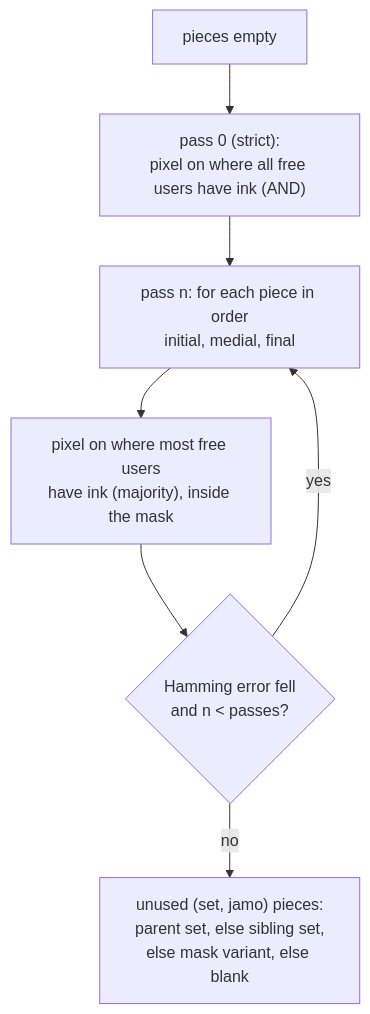
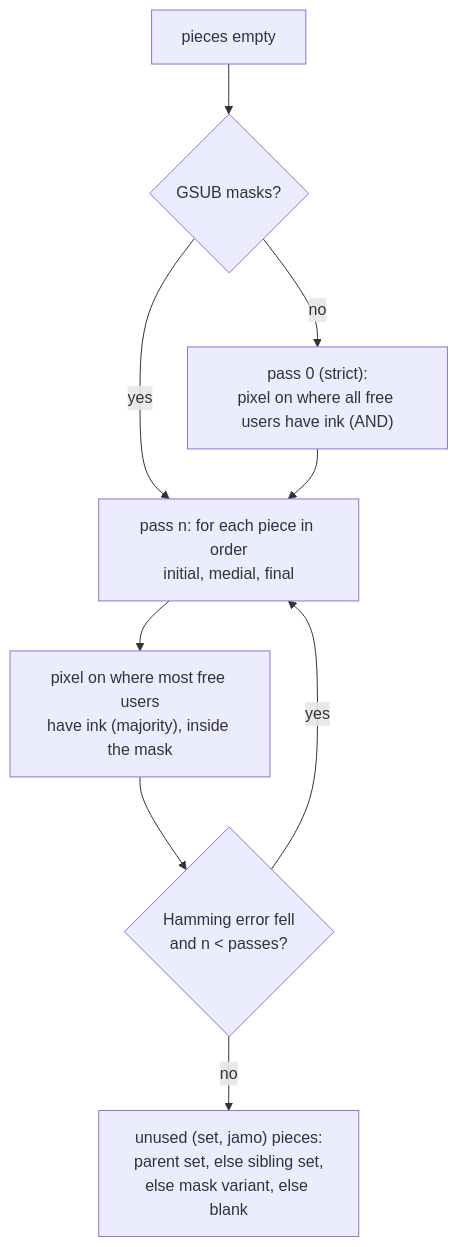
Before and after one commit to TaehyunKimLL/svf-fonts-open: the third of 5 diagrams in docs/jamo-split.md, drawn with Mermaid. The commit also changed other lines of this file and 3 other files, not shown here.

````diff
--- a/docs/jamo-split.md
+++ b/docs/jamo-split.md
@@ -174,9 +189,11 @@
 ```mermaid
 flowchart TD
-  I["pieces empty"] --> S["pass 0 (strict):<br/>pixel on where all free users have ink (AND)"]
+  I["pieces empty"] --> G{"GSUB masks?"}
+  G -->|no| S["pass 0 (strict):<br/>pixel on where all free users have ink (AND)"]
+  G -->|yes| L
   S --> L["pass n: for each piece in order<br/>initial, medial, final"]
   L --> V["pixel on where most free users<br/>have ink (majority), inside the mask"]
   V --> E{"Hamming error fell<br/>and n < passes?"}
   E -->|yes| L
   E -->|no| U["unused (set, jamo) pieces:<br/>parent set, else sibling set,<br/>else mask variant, else blank"]
 ```
````
